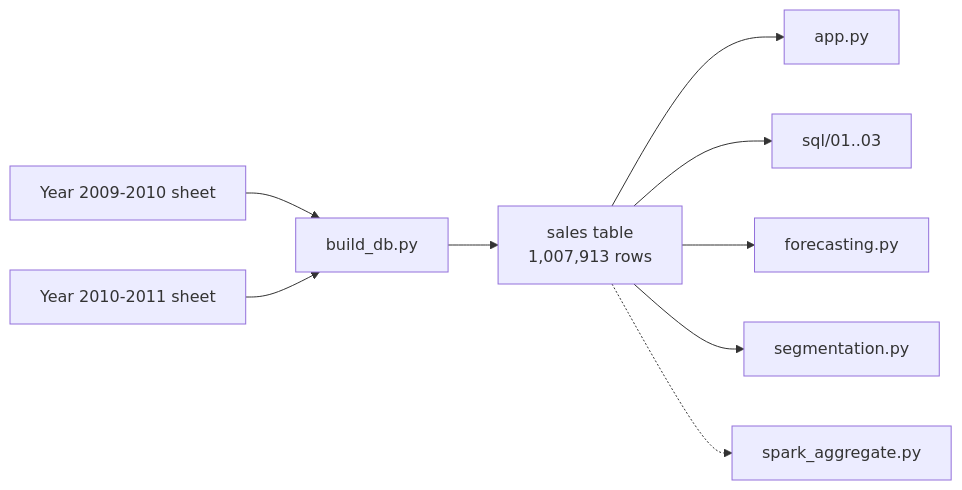
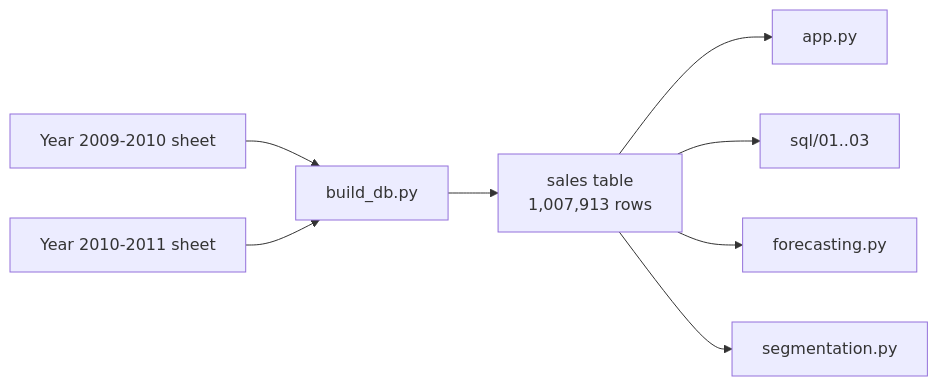
The diagram in README.md (RNK26/customer-insights-analytics), drawn with Mermaid before and after one commit. The commit also changed other lines of this file and 4 other files, not shown here.

````diff
--- a/README.md
+++ b/README.md
@@ -24,11 +25,10 @@
 ```mermaid
 flowchart LR
     X1["Year 2009-2010 sheet"] --> B["build_db.py"]
     X2["Year 2010-2011 sheet"] --> B
     B --> S["sales table<br/>1,007,913 rows"]
     S --> A["app.py"]
     S --> Q["sql/01..03"]
     S --> F["forecasting.py"]
     S --> G["segmentation.py"]
-    S -.-> P["spark_aggregate.py"]
 ```
````
